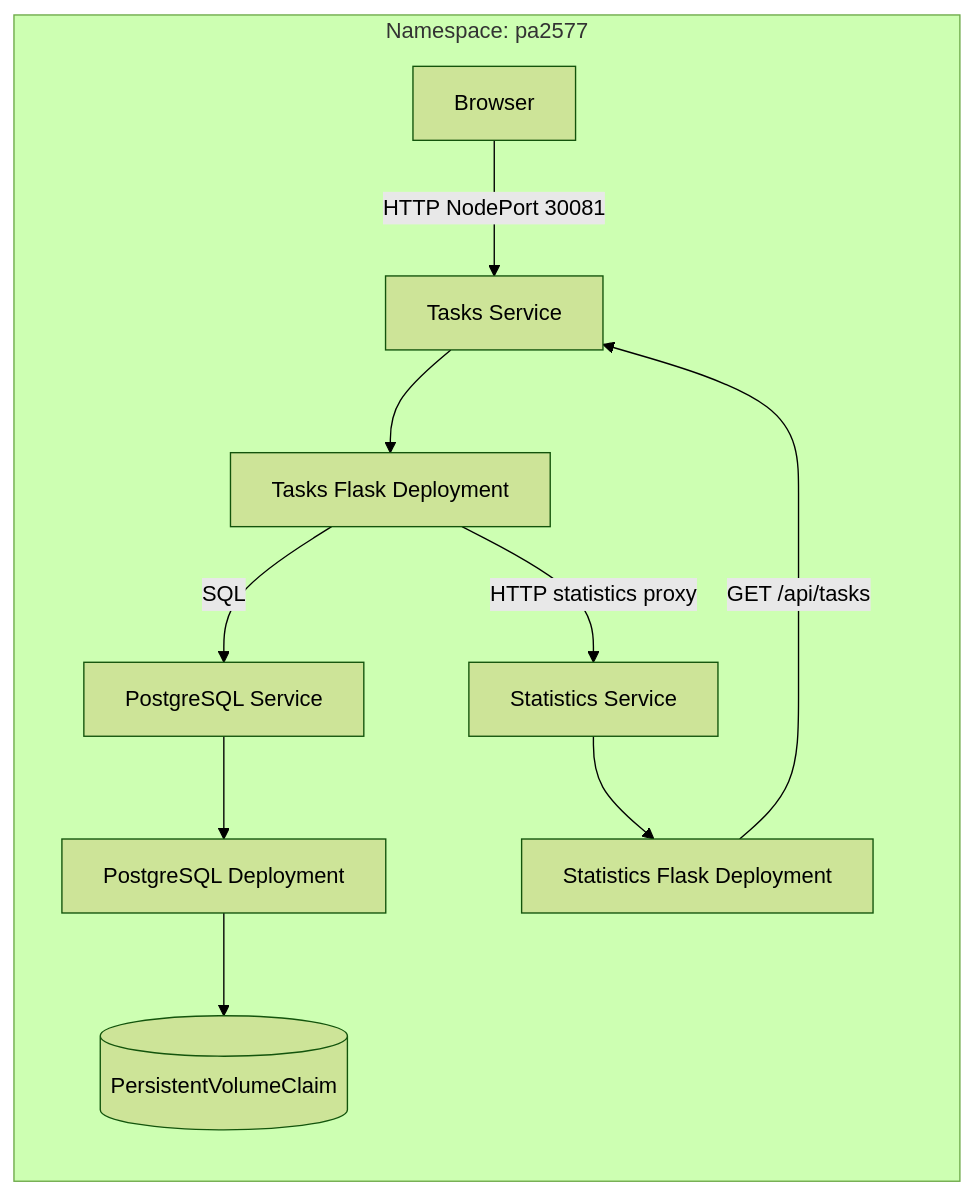
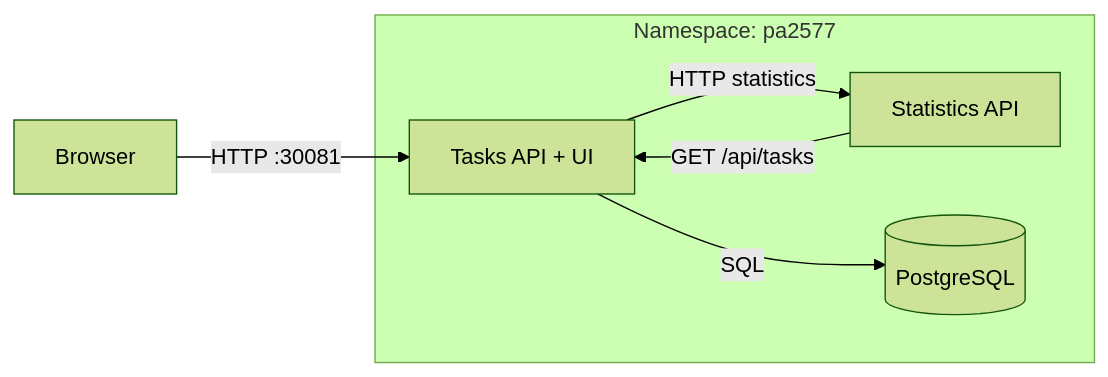
The diagram in README.md (icordus/PA2577), drawn with Mermaid (forest theme) before and after one commit.

Commit message:
Change README to simplify service representation

````diff
--- a/README.md
+++ b/README.md
@@ -15,21 +15,13 @@
 ```mermaid
 flowchart LR
 	Browser[Browser]
 	subgraph Kubernetes[Namespace: pa2577]
-		TasksSvc[Tasks Service]
-		Tasks[Tasks Flask Deployment]
-		StatsSvc[Statistics Service]
-		Stats[Statistics Flask Deployment]
-		DBsvc[PostgreSQL Service]
-		DB[PostgreSQL Deployment]
-		PVC[(PersistentVolumeClaim)]
-		Browser -->|HTTP NodePort 30081| TasksSvc
-		TasksSvc --> Tasks
-		Tasks -->|SQL| DBsvc
-		DBsvc --> DB
-		DB --> PVC
-		Tasks -->|HTTP statistics proxy| StatsSvc
-		StatsSvc --> Stats
-		Stats -->|GET /api/tasks| TasksSvc
+		Tasks[Tasks API + UI]
+		Stats[Statistics API]
+		DB[(PostgreSQL)]
+		Tasks -->|SQL| DB
+		Tasks -->|HTTP statistics| Stats
+		Stats -->|GET /api/tasks| Tasks
 	end
+	Browser -->|HTTP :30081| Tasks
 ```
````
